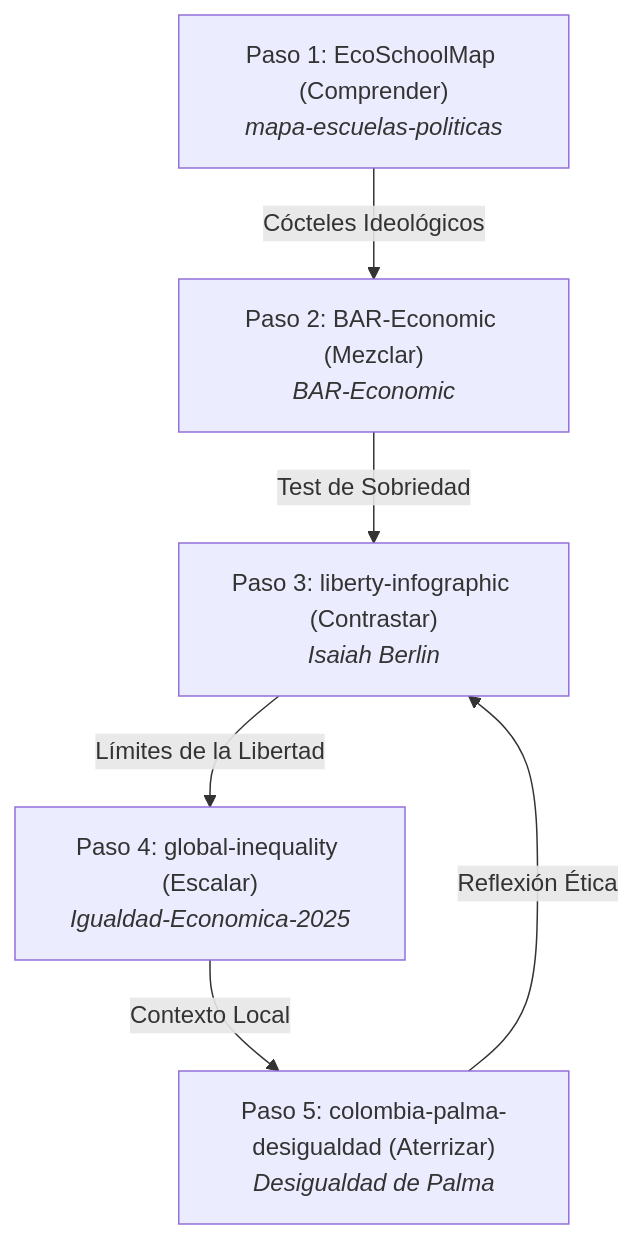
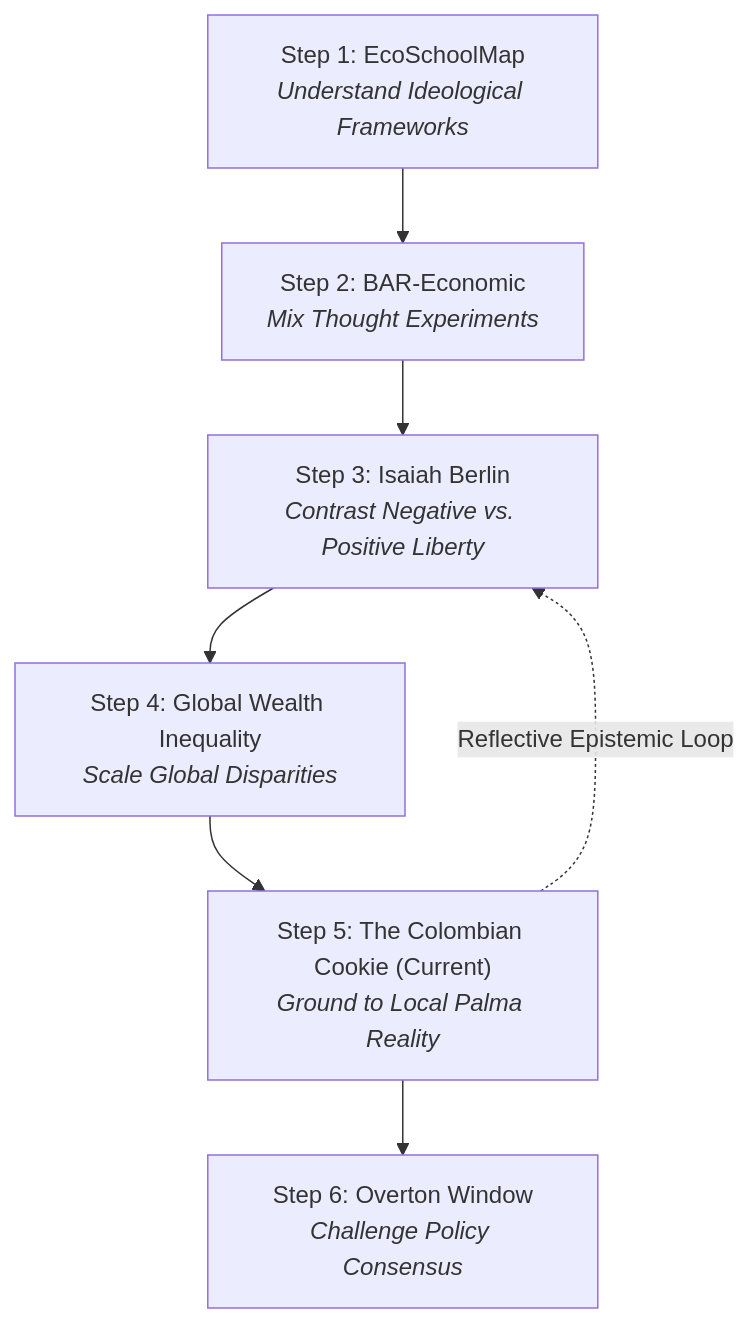
One commit to willkwolf/colombia-palma-desigualdad changed the first of 2 diagrams in README.md. Above: the diagram before and after it, drawn with Mermaid. The commit also changed other lines of this file and 47 other files, not shown here.

````diff
--- a/README.md
+++ b/README.md
@@ -23,8 +38,9 @@
 ```mermaid
 graph TD
-    A["Paso 1: EcoSchoolMap (Comprender)<br><i>mapa-escuelas-politicas</i>"] -- "Cócteles Ideológicos" --> B["Paso 2: BAR-Economic (Mezclar)<br><i>BAR-Economic</i>"]
-    B -- "Test de Sobriedad" --> C["Paso 3: liberty-infographic (Contrastar)<br><i>Isaiah Berlin</i>"]
-    C -- "Límites de la Libertad" --> D["Paso 4: global-inequality (Escalar)<br><i>Igualdad-Economica-2025</i>"]
-    D -- "Contexto Local" --> E["Paso 5: colombia-palma-desigualdad (Aterrizar)<br><i>Desigualdad de Palma</i>"]
-    E -- "Reflexión Ética" --> C
+    A["Step 1: EcoSchoolMap<br/><i>Understand Ideological Frameworks</i>"] --> B["Step 2: BAR-Economic<br/><i>Mix Thought Experiments</i>"]
+    B --> C["Step 3: Isaiah Berlin<br/><i>Contrast Negative vs. Positive Liberty</i>"]
+    C --> D["Step 4: Global Wealth Inequality<br/><i>Scale Global Disparities</i>"]
+    D --> E["Step 5: The Colombian Cookie (Current)<br/><i>Ground to Local Palma Reality</i>"]
+    E --> F["Step 6: Overton Window<br/><i>Challenge Policy Consensus</i>"]
+    E -.->|"Reflective Epistemic Loop"| C
 ```
````
